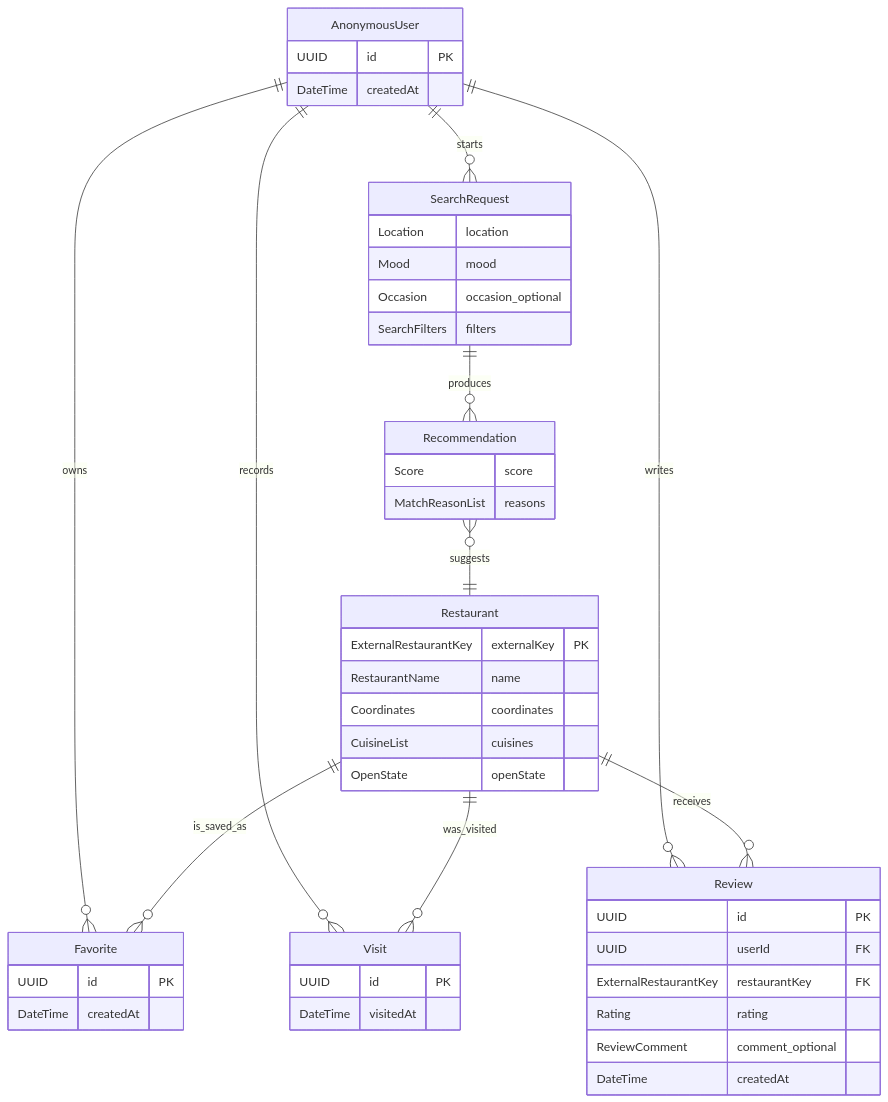
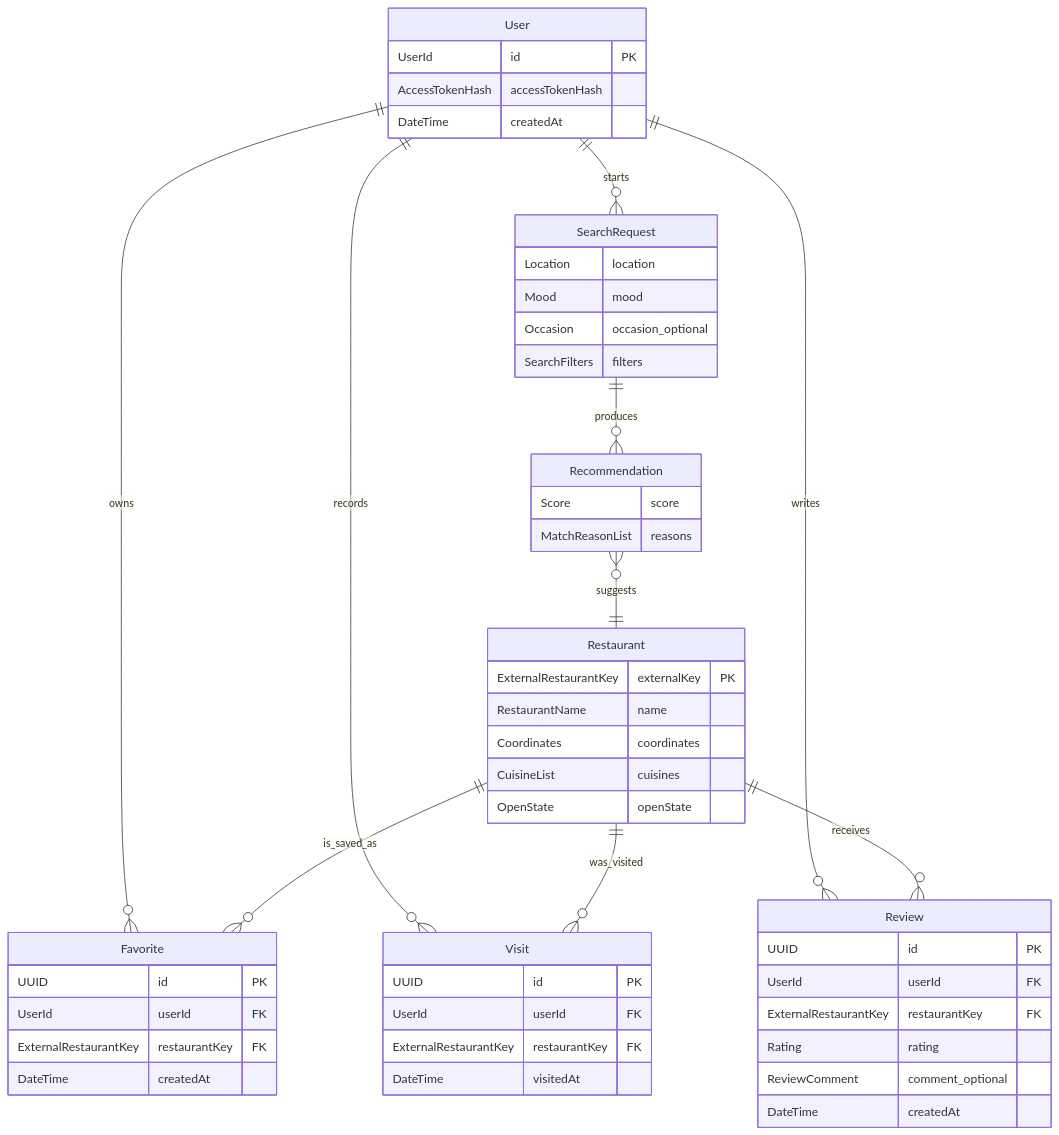
The diagram in docs/specs/D1-Datenmodell.md (ahil-trq/thm_wk-1106_food-mood), drawn with Mermaid before and after one commit. The commit also changed other lines of this file, not shown here.

Commit message:
docs(spec): align D1 with anonymous user ID model

````diff
--- a/docs/specs/D1-Datenmodell.md
+++ b/docs/specs/D1-Datenmodell.md
@@ -55,52 +59,57 @@
 ```mermaid
 erDiagram
-    AnonymousUser ||--o{ SearchRequest : starts
+    User ||--o{ SearchRequest : starts
     SearchRequest ||--o{ Recommendation : produces
     Recommendation }o--|| Restaurant : suggests
 
-    AnonymousUser ||--o{ Favorite : owns
+    User ||--o{ Favorite : owns
     Restaurant ||--o{ Favorite : is_saved_as
 
-    AnonymousUser ||--o{ Visit : records
+    User ||--o{ Visit : records
     Restaurant ||--o{ Visit : was_visited
-    AnonymousUser ||--o{ Review : writes
+    User ||--o{ Review : writes
     Restaurant ||--o{ Review : receives
 
-    AnonymousUser {
-        UUID id PK
+    User {
+        UserId id PK
+        AccessTokenHash accessTokenHash
         DateTime createdAt
     }
     SearchRequest {
         Location location
         Mood mood
         Occasion occasion_optional
         SearchFilters filters
     }
     Recommendation {
         Score score
         MatchReasonList reasons
     }
     Restaurant {
         ExternalRestaurantKey externalKey PK
         RestaurantName name
         Coordinates coordinates
         CuisineList cuisines
         OpenState openState
     }
     Favorite {
         UUID id PK
+        UserId userId FK
+        ExternalRestaurantKey restaurantKey FK
         DateTime createdAt
     }
     Visit {
         UUID id PK
+        UserId userId FK
+        ExternalRestaurantKey restaurantKey FK
         DateTime visitedAt
     }
     Review {
         UUID id PK
-        UUID userId FK
+        UserId userId FK
         ExternalRestaurantKey restaurantKey FK
         Rating rating
         ReviewComment comment_optional
         DateTime createdAt
     }
 ```
````
